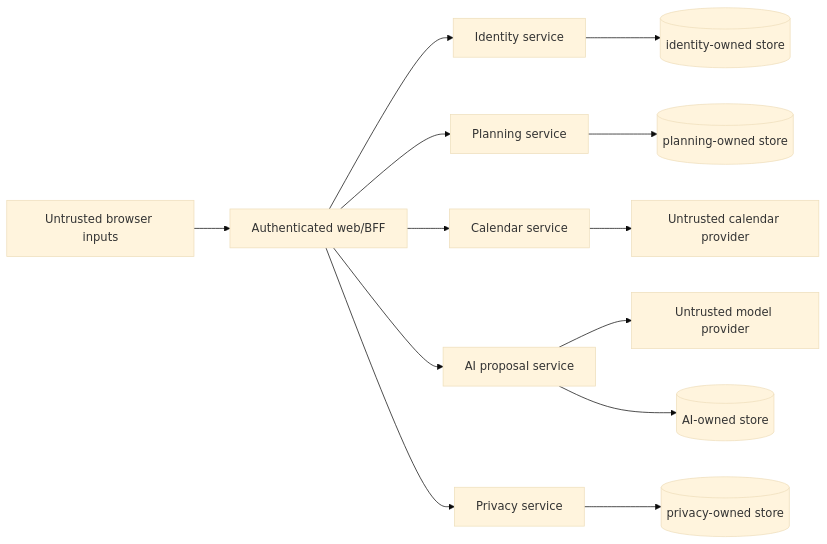
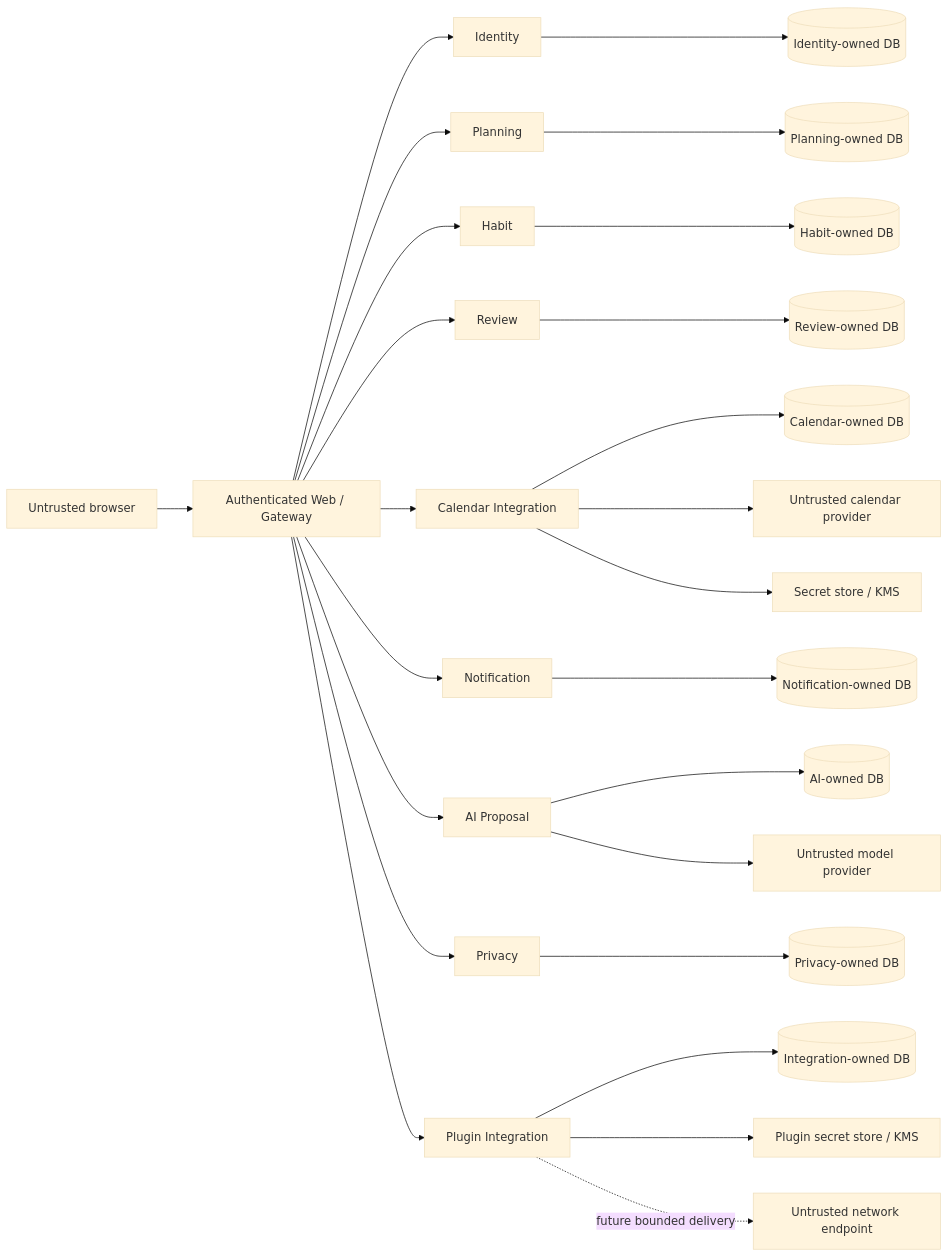
Before and after one commit to ContextualWisdomLab/life-os: the diagram in docs/THREAT_MODEL.md, drawn with Mermaid (base theme). The commit also changed other lines of this file and 12 other files, not shown here.

````diff
--- a/docs/THREAT_MODEL.md
+++ b/docs/THREAT_MODEL.md
@@ -16,15 +19,29 @@
 ```mermaid
 flowchart LR
-    Browser[Untrusted browser inputs] --> Web[Authenticated web/BFF]
-    Web --> Identity[Identity service]
-    Web --> Planning[Planning service]
-    Web --> Calendar[Calendar service]
-    Web --> AI[AI proposal service]
-    Web --> Privacy[Privacy service]
-    Identity --> IDB[(identity-owned store)]
-    Planning --> PDB[(planning-owned store)]
-    Calendar --> CProvider[Untrusted calendar provider]
+    Browser[Untrusted browser] --> Web[Authenticated Web / Gateway]
+    Web --> Identity[Identity]
+    Web --> Planning[Planning]
+    Web --> Habit[Habit]
+    Web --> Review[Review]
+    Web --> Calendar[Calendar Integration]
+    Web --> Notification[Notification]
+    Web --> AI[AI Proposal]
+    Web --> Privacy[Privacy]
+    Web --> Plugin[Plugin Integration]
+
+    Identity --> IDB[(Identity-owned DB)]
+    Planning --> PDB[(Planning-owned DB)]
+    Habit --> HDB[(Habit-owned DB)]
+    Review --> RDB[(Review-owned DB)]
+    Calendar --> CDB[(Calendar-owned DB)]
+    Notification --> NDB[(Notification-owned DB)]
+    AI --> ADB[(AI-owned DB)]
+    Privacy --> VDB[(Privacy-owned DB)]
+    Plugin --> XDB[(Integration-owned DB)]
+
+    Calendar --> CalendarProvider[Untrusted calendar provider]
+    Calendar --> SecretStore[Secret store / KMS]
     AI --> Model[Untrusted model provider]
-    AI --> ADB[(AI-owned store)]
-    Privacy --> VDB[(privacy-owned store)]
+    Plugin --> PluginSecretStore[Plugin secret store / KMS]
+    Plugin -. future bounded delivery .-> Network[Untrusted network endpoint]
 ```
````
